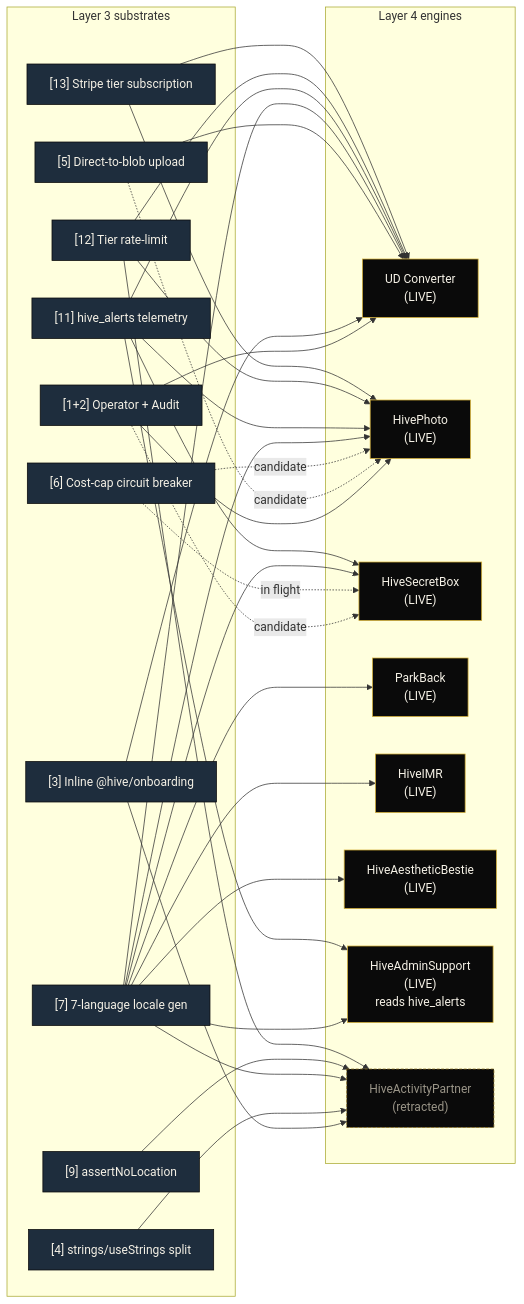
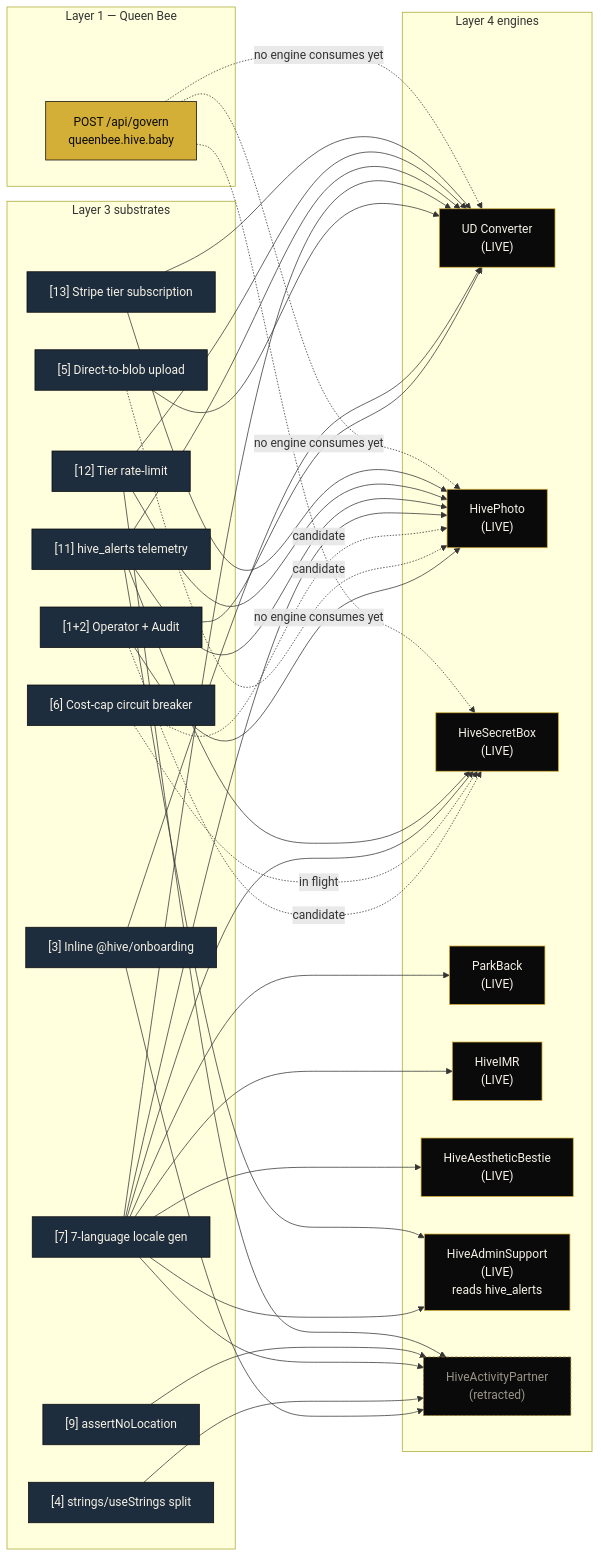
The third of 5 diagrams in docs/HIVE_ARCHITECTURE.md (saggarsonny-boop/hivebaby), drawn with Mermaid before and after one commit. The commit also changed other lines of this file and 2 other files, not shown here.

````diff
--- a/docs/HIVE_ARCHITECTURE.md
+++ b/docs/HIVE_ARCHITECTURE.md
@@ -237,71 +252,81 @@
 ```mermaid
 flowchart LR
   subgraph SUBSTRATES["Layer 3 substrates"]
     S1["[1+2] Operator + Audit"]
     S3["[3] Inline @hive/onboarding"]
     S4["[4] strings/useStrings split"]
     S5["[5] Direct-to-blob upload"]
     S6["[6] Cost-cap circuit breaker"]
     S7["[7] 7-language locale gen"]
     S9["[9] assertNoLocation"]
     S11["[11] hive_alerts telemetry"]
     S12["[12] Tier rate-limit"]
     S13["[13] Stripe tier subscription"]
+  end
+
+  subgraph QB["Layer 1 — Queen Bee"]
+    QBAPI["POST /api/govern\nqueenbee.hive.baby"]
   end
 
   subgraph ENGINES["Layer 4 engines"]
     UDC["UD Converter\n(LIVE)"]
     HP["HivePhoto\n(LIVE)"]
     HSB["HiveSecretBox\n(LIVE)"]
     PB["ParkBack\n(LIVE)"]
     HIMR["HiveIMR\n(LIVE)"]
     HAB["HiveAestheticBestie\n(LIVE)"]
     HAS["HiveAdminSupport\n(LIVE)\nreads hive_alerts"]
     HAP["HiveActivityPartner\n(retracted)"]
   end
 
   S1 --> UDC
   S1 --> HP
   S1 -.candidate.-> HSB
 
   S3 --> UDC
   S3 --> HAP
 
   S4 --> HAP
 
   S5 --> UDC
   S5 -.candidate.-> HP
 
   S6 -.in flight.-> HSB
   S6 -.candidate.-> HP
 
   S7 --> UDC
   S7 --> HP
   S7 --> HSB
   S7 --> PB
   S7 --> HIMR
   S7 --> HAB
   S7 --> HAS
   S7 --> HAP
 
   S9 --> HAP
 
   S11 --> UDC
   S11 --> HP
   S11 --> HSB
   S11 --> HAS
 
   S12 --> UDC
   S12 --> HP
   S12 --> HAP
 
   S13 --> UDC
   S13 --> HP
 
+  QBAPI -.no engine consumes yet.-> UDC
+  QBAPI -.no engine consumes yet.-> HP
+  QBAPI -.no engine consumes yet.-> HSB
+
   classDef sub fill:#1e2d3d,stroke:#0a0a0a,color:#f5f1e6
   classDef live fill:#0a0a0a,stroke:#D4AF37,color:#f5f1e6
   classDef retracted fill:#0a0a0a,stroke:#8a6f1f,color:#9a9588,stroke-dasharray: 4 2
+  classDef qb fill:#D4AF37,stroke:#0a0a0a,color:#0a0a0a
   class S1,S3,S4,S5,S6,S7,S9,S11,S12,S13 sub
   class UDC,HP,HSB,PB,HIMR,HAB,HAS live
   class HAP retracted
+  class QBAPI qb
 ```
````
